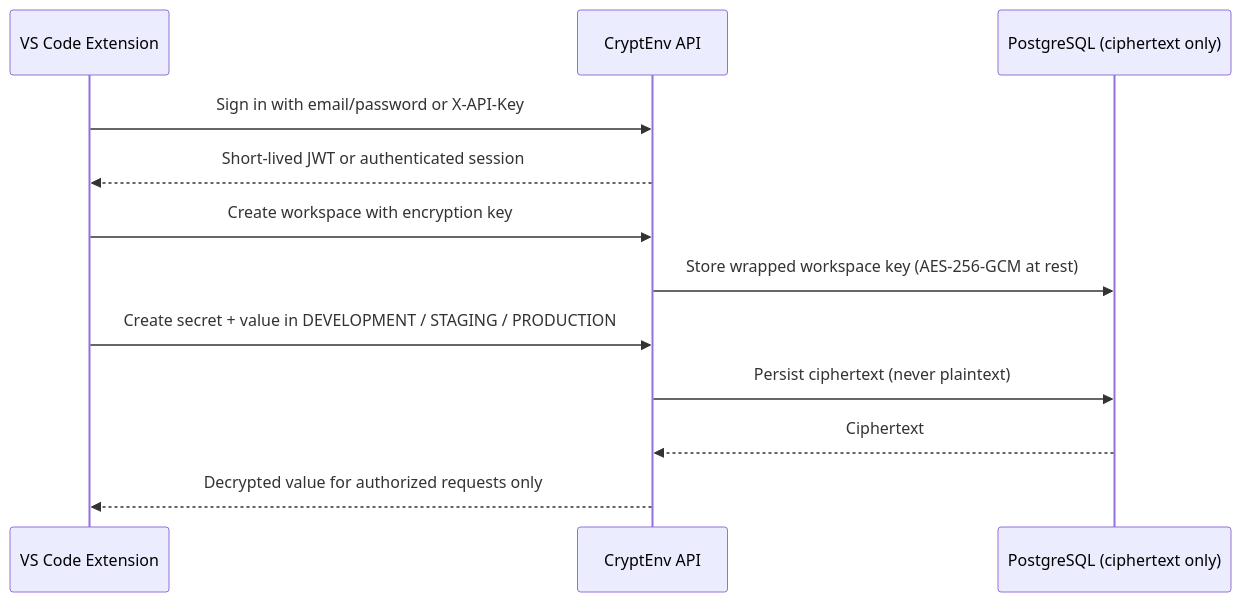
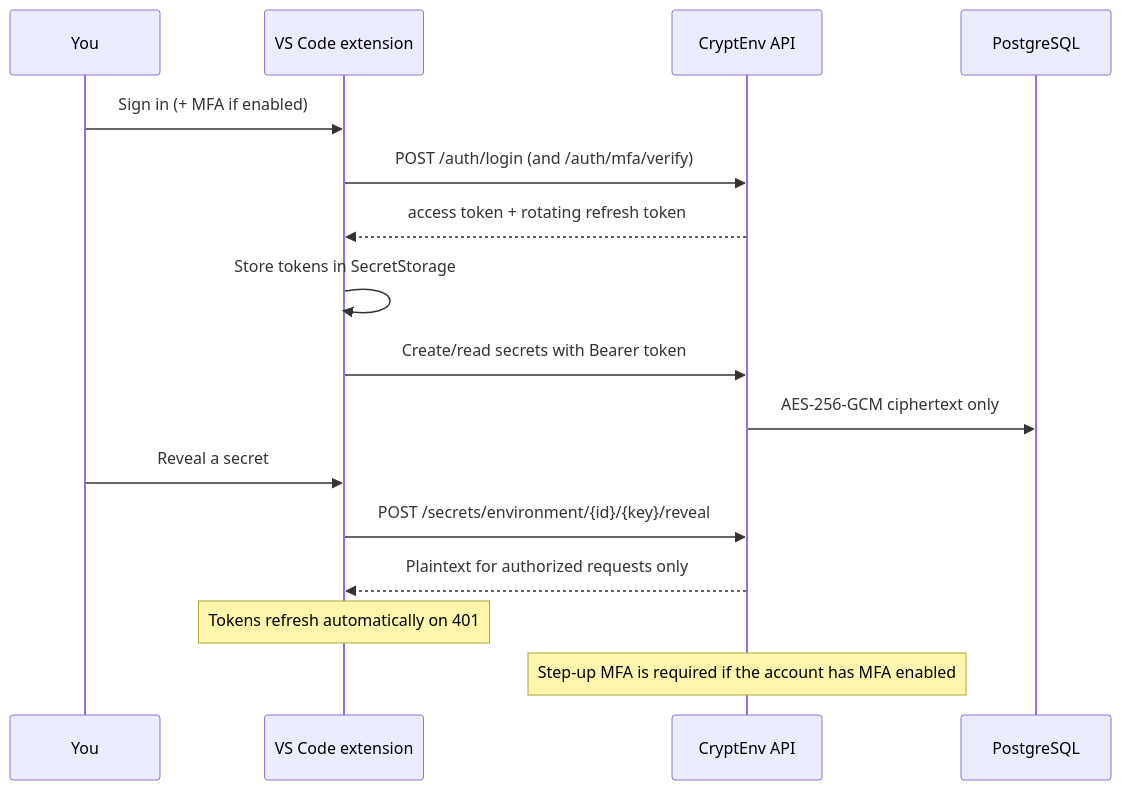
Before and after one commit to maheshshinde9100/CryptEnv: the diagram in cryptenv-vscode/README.md, drawn with Mermaid. The commit also changed other lines of this file and 6 other files, not shown here.

First line of the commit message:
feat(vscode): full backend parity with MFA and recovery flows

````diff
--- a/cryptenv-vscode/README.md
+++ b/cryptenv-vscode/README.md
@@ -81,15 +157,19 @@
 ```mermaid
 sequenceDiagram
-  participant VS as VS Code Extension
-  participant API as CryptEnv API
-  participant DB as PostgreSQL (ciphertext only)
+  participant U as You
+  participant V as VS Code extension
+  participant A as CryptEnv API
+  participant D as PostgreSQL
 
-  VS->>API: Sign in with email/password or X-API-Key
-  API-->>VS: Short-lived JWT or authenticated session
-  VS->>API: Create workspace with encryption key
-  API->>DB: Store wrapped workspace key (AES-256-GCM at rest)
-  VS->>API: Create secret + value in DEVELOPMENT / STAGING / PRODUCTION
-  API->>DB: Persist ciphertext (never plaintext)
-  DB-->>API: Ciphertext
-  API-->>VS: Decrypted value for authorized requests only
+  U->>V: Sign in (+ MFA if enabled)
+  V->>A: POST /auth/login (and /auth/mfa/verify)
+  A-->>V: access token + rotating refresh token
+  V->>V: Store tokens in SecretStorage
+  V->>A: Create/read secrets with Bearer token
+  A->>D: AES-256-GCM ciphertext only
+  U->>V: Reveal a secret
+  V->>A: POST /secrets/environment/{id}/{key}/reveal
+  A-->>V: Plaintext for authorized requests only
+  Note over V: Tokens refresh automatically on 401
+  Note over A: Step-up MFA is required if the account has MFA enabled
 ```
````
